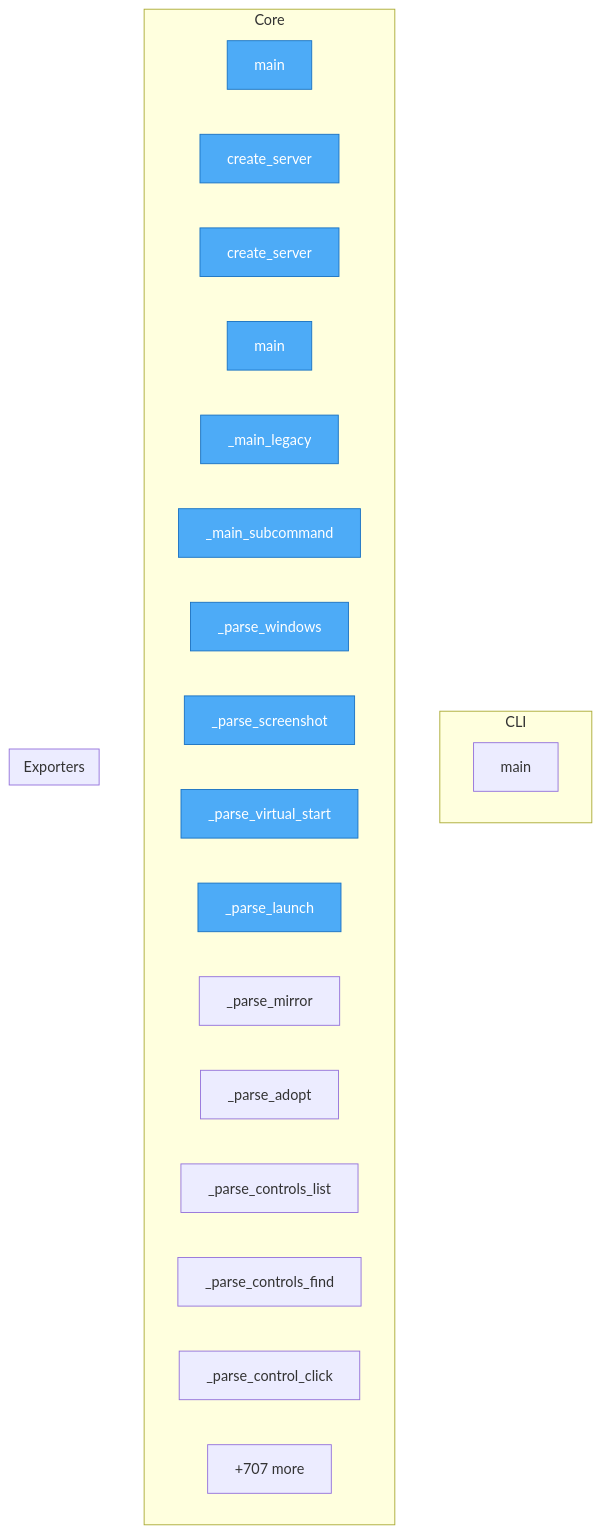
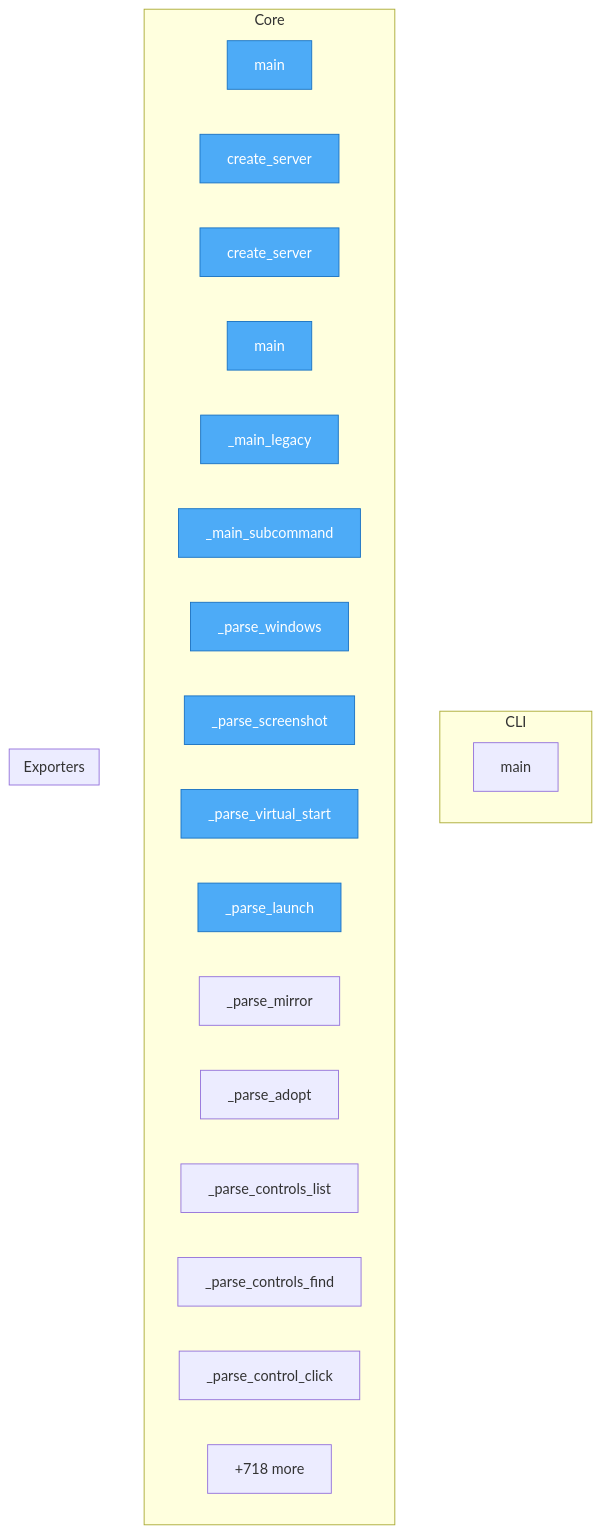
The diagram in project/flow.mmd (wronai/vdisplay), drawn with Mermaid before and after one commit. The commit also changed 36 other files, not shown here.

```diff
--- a/project/flow.mmd
+++ b/project/flow.mmd
@@ -1,33 +1,33 @@
 flowchart TD
-%% generated in 0.07s
+%% generated in 0.04s
 
     %% Entry points (blue)
     classDef entry fill:#4dabf7,stroke:#1971c2,color:#fff
 
     subgraph CLI
         packages__cli2vdisplay__src__cli2vdisplay__cli__main["main"]
     end
 
     subgraph Core
         packages__mcp2vdisplay__src__mcp2vdisplay__cli__main["main"]
         packages__mcp2vdisplay__src__mcp2vdisplay__cli__create_server["create_server"]
         packages__mcp2vdisplay__src__mcp2vdisplay__server__create_server["create_server"]
         packages__dsl2vdisplay__src__dsl2vdisplay__cli__main["main"]
         packages__dsl2vdisplay__src__dsl2vdisplay__cli___main_legacy["_main_legacy"]
         packages__dsl2vdisplay__src__dsl2vdisplay__cli___main_subcommand["_main_subcommand"]
         packages__dsl2vdisplay__src__dsl2vdisplay__grammar___parse_windows["_parse_windows"]
         packages__dsl2vdisplay__src__dsl2vdisplay__grammar___parse_screenshot["_parse_screenshot"]
         packages__dsl2vdisplay__src__dsl2vdisplay__grammar___parse_virtual_start["_parse_virtual_start"]
         packages__dsl2vdisplay__src__dsl2vdisplay__grammar___parse_launch["_parse_launch"]
         packages__dsl2vdisplay__src__dsl2vdisplay__grammar___parse_mirror["_parse_mirror"]
         packages__dsl2vdisplay__src__dsl2vdisplay__grammar___parse_adopt["_parse_adopt"]
         packages__dsl2vdisplay__src__dsl2vdisplay__grammar___parse_controls_list["_parse_controls_list"]
         packages__dsl2vdisplay__src__dsl2vdisplay__grammar___parse_controls_find["_parse_controls_find"]
         packages__dsl2vdisplay__src__dsl2vdisplay__grammar___parse_control_click["_parse_control_click"]
-        ...["+707 more"]
+        ...["+718 more"]
     end
 
     subgraph Exporters
     end
 
     class packages__mcp2vdisplay__src__mcp2vdisplay__cli__main,packages__mcp2vdisplay__src__mcp2vdisplay__cli__create_server,packages__mcp2vdisplay__src__mcp2vdisplay__server__create_server,packages__dsl2vdisplay__src__dsl2vdisplay__cli__main,packages__dsl2vdisplay__src__dsl2vdisplay__cli___main_legacy,packages__dsl2vdisplay__src__dsl2vdisplay__cli___main_subcommand,packages__dsl2vdisplay__src__dsl2vdisplay__grammar___parse_windows,packages__dsl2vdisplay__src__dsl2vdisplay__grammar___parse_screenshot,packages__dsl2vdisplay__src__dsl2vdisplay__grammar___parse_virtual_start,packages__dsl2vdisplay__src__dsl2vdisplay__grammar___parse_launch entry
```
